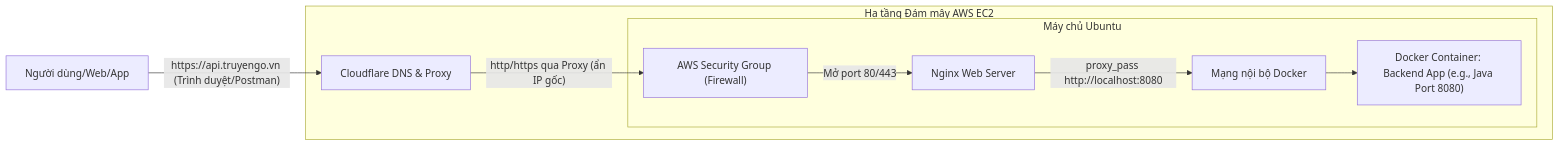
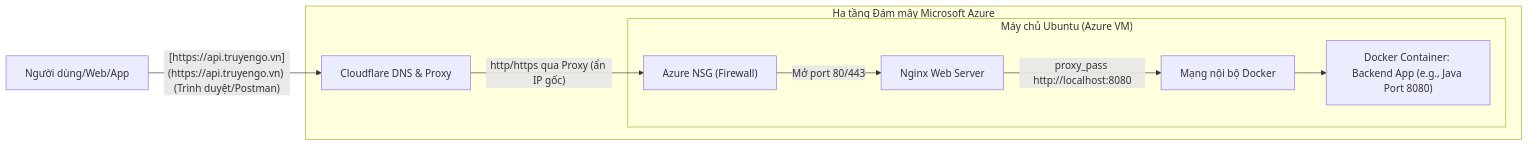
One commit to KhuongSpring/My-knowledge changed the diagram in DEPLOY_BACKEND.md. Above: the diagram before and after it, drawn with Mermaid. The commit also changed other lines of this file, not shown here.

````diff
--- a/DEPLOY_BACKEND.md
+++ b/DEPLOY_BACKEND.md
@@ -90,14 +88,14 @@
 ```mermaid
 graph LR
-    User["Người dùng/Web/App"] -- "https://api.truyengo.vn (Trình duyệt/Postman)" --> Cloudflare["Cloudflare DNS & Proxy"]
+    User["Người dùng/Web/App"] -- "[https://api.truyengo.vn](https://api.truyengo.vn) (Trình duyệt/Postman)" --> Cloudflare["Cloudflare DNS & Proxy"]
 
-    subgraph "Hạ tầng Đám mây AWS EC2"
-        Cloudflare -- "http/https qua Proxy (ẩn IP gốc)" --> AWS_SG["AWS Security Group (Firewall)"]
+    subgraph "Hạ tầng Đám mây Microsoft Azure"
+        Cloudflare -- "http/https qua Proxy (ẩn IP gốc)" --> Azure_NSG["Azure NSG (Firewall)"]
 
-        subgraph "Máy chủ Ubuntu"
-            AWS_SG -- "Mở port 80/443" --> Nginx["Nginx Web Server"]
+        subgraph "Máy chủ Ubuntu (Azure VM)"
+            Azure_NSG -- "Mở port 80/443" --> Nginx["Nginx Web Server"]
             Nginx -- "proxy_pass http://localhost:8080" --> Internal_Net["Mạng nội bộ Docker"]
             Internal_Net --> Docker_Java_App["Docker Container: Backend App (e.g., Java Port 8080)"]
         end
     end
 ```
````
